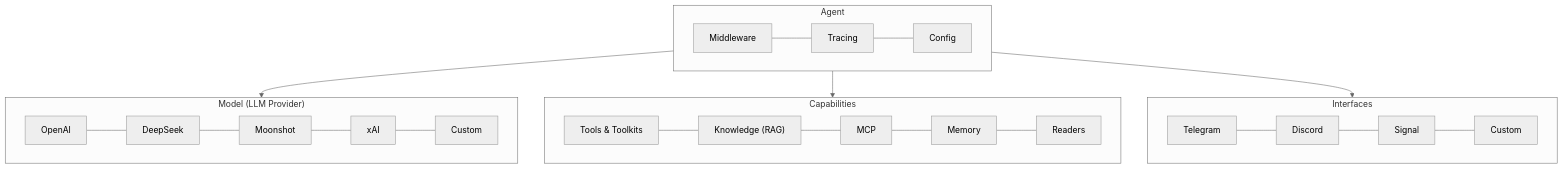
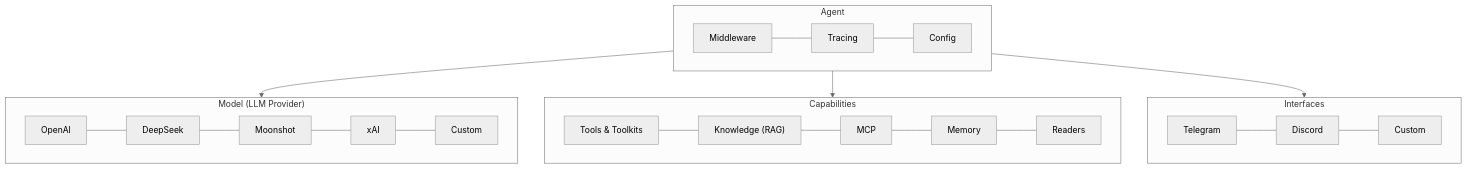
Before and after one commit to definableai/definable.ai: the diagram in definable/docs/introduction.mdx, drawn with Mermaid (neutral theme). The commit also changed other lines of this file and 41 other files, not shown here.

`````diff
--- a/definable/docs/introduction.mdx
+++ b/definable/docs/introduction.mdx
@@ -44,22 +44,22 @@
 ````mermaid
 flowchart TD
   subgraph agentLayer [Agent]
     direction LR
     Middleware --- Tracing --- Config
   end
   subgraph modelLayer ["Model (LLM Provider)"]
     direction LR
     OpenAI --- DeepSeek --- Moonshot --- xAI --- Custom
   end
   subgraph capLayer [Capabilities]
     direction LR
     ToolsToolkits["Tools & Toolkits"] --- KnowledgeRAG["Knowledge (RAG)"] --- MCPNode["MCP"] --- MemoryNode["Memory"] --- ReadersNode["Readers"]
   end
   subgraph intLayer [Interfaces]
     direction LR
-    Telegram --- Discord --- Signal --- CustomInt["Custom"]
+    Telegram --- Discord --- CustomInt["Custom"]
   end
   agentLayer --> modelLayer
   agentLayer --> capLayer
   agentLayer --> intLayer
 ````
`````
